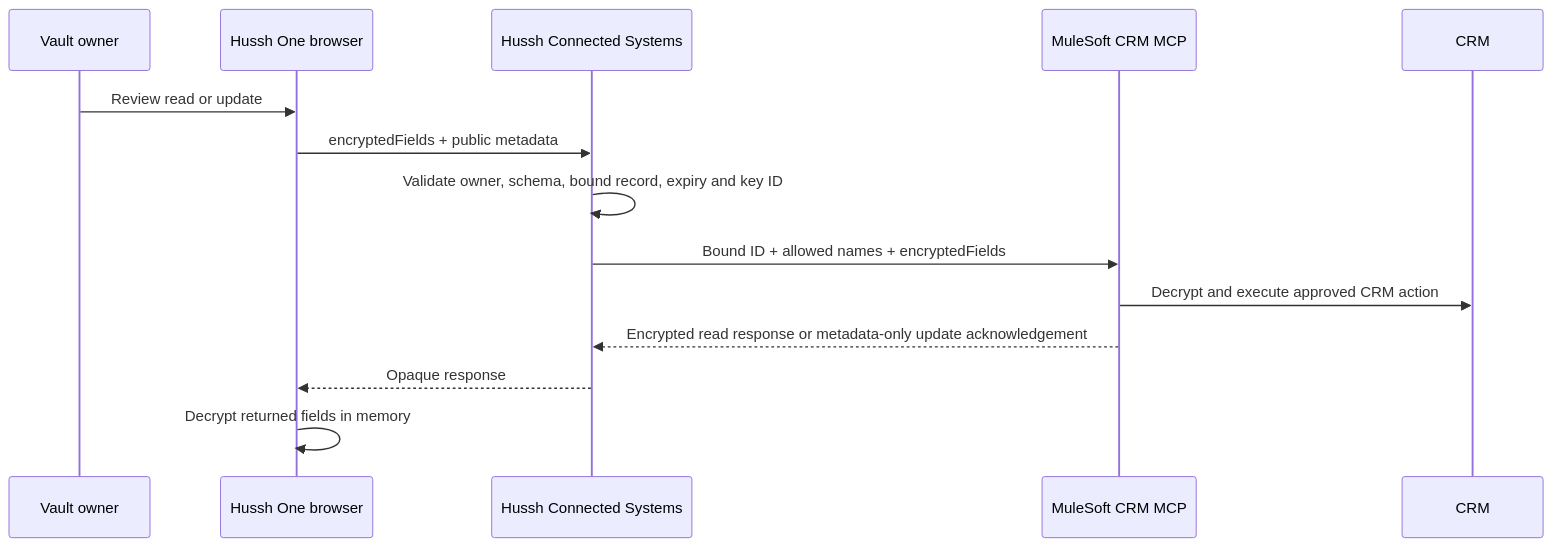
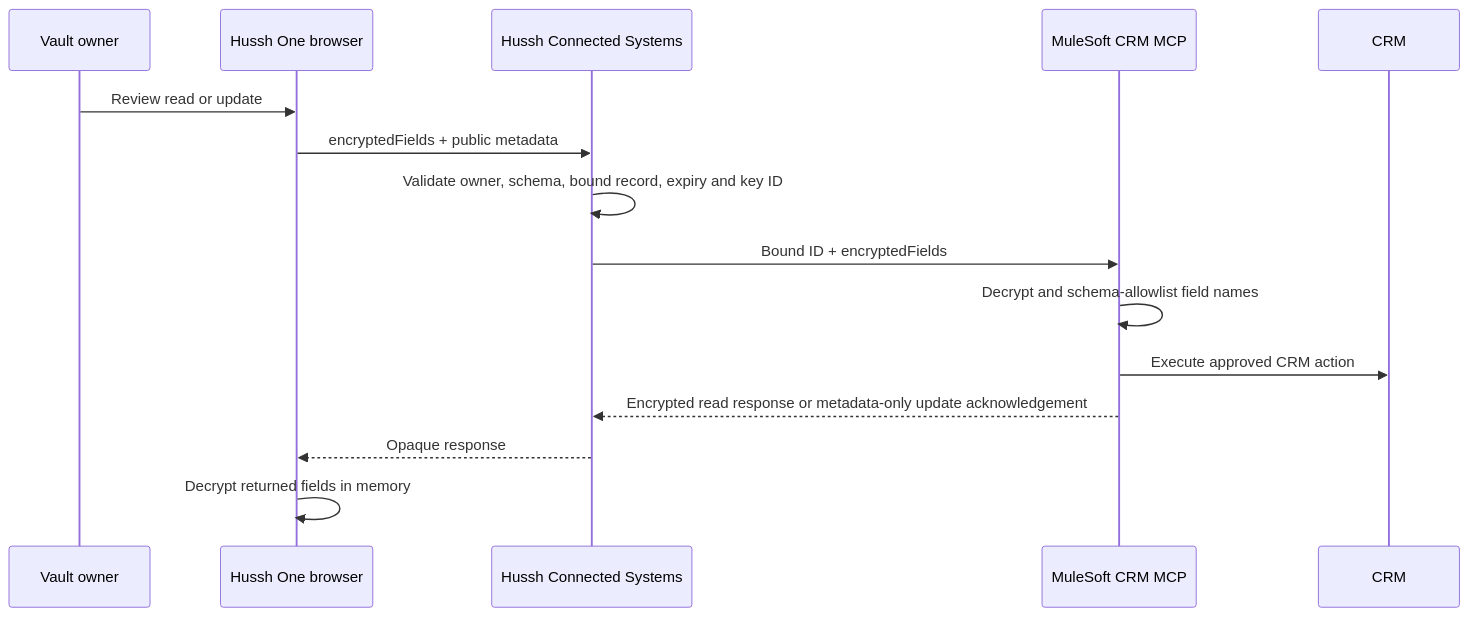
The diagram in consent-protocol/docs/reference/mulesoft-agentforce-secure-relay.md (hushh-labs/hushh-research), drawn with Mermaid before and after one commit. The commit also changed other lines of this file and 7 other files, not shown here.

````diff
--- a/consent-protocol/docs/reference/mulesoft-agentforce-secure-relay.md
+++ b/consent-protocol/docs/reference/mulesoft-agentforce-secure-relay.md
@@ -23,17 +26,18 @@
 ```mermaid
 sequenceDiagram
   participant Owner as Vault owner
   participant One as Hussh One browser
   participant API as Hussh Connected Systems
   participant Mule as MuleSoft CRM MCP
   participant CRM as CRM
 
   Owner->>One: Review read or update
   One->>API: encryptedFields + public metadata
   API->>API: Validate owner, schema, bound record, expiry and key ID
-  API->>Mule: Bound ID + allowed names + encryptedFields
-  Mule->>CRM: Decrypt and execute approved CRM action
+  API->>Mule: Bound ID + encryptedFields
+  Mule->>Mule: Decrypt and schema-allowlist field names
+  Mule->>CRM: Execute approved CRM action
   Mule-->>API: Encrypted read response or metadata-only update acknowledgement
   API-->>One: Opaque response
   One->>One: Decrypt returned fields in memory
 ```
````
